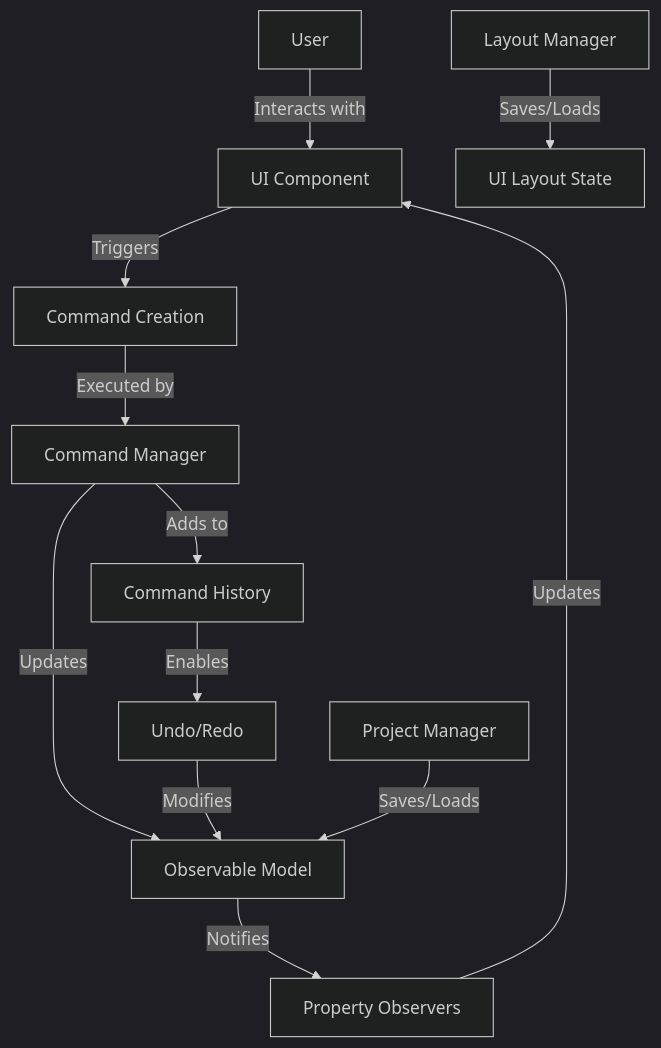
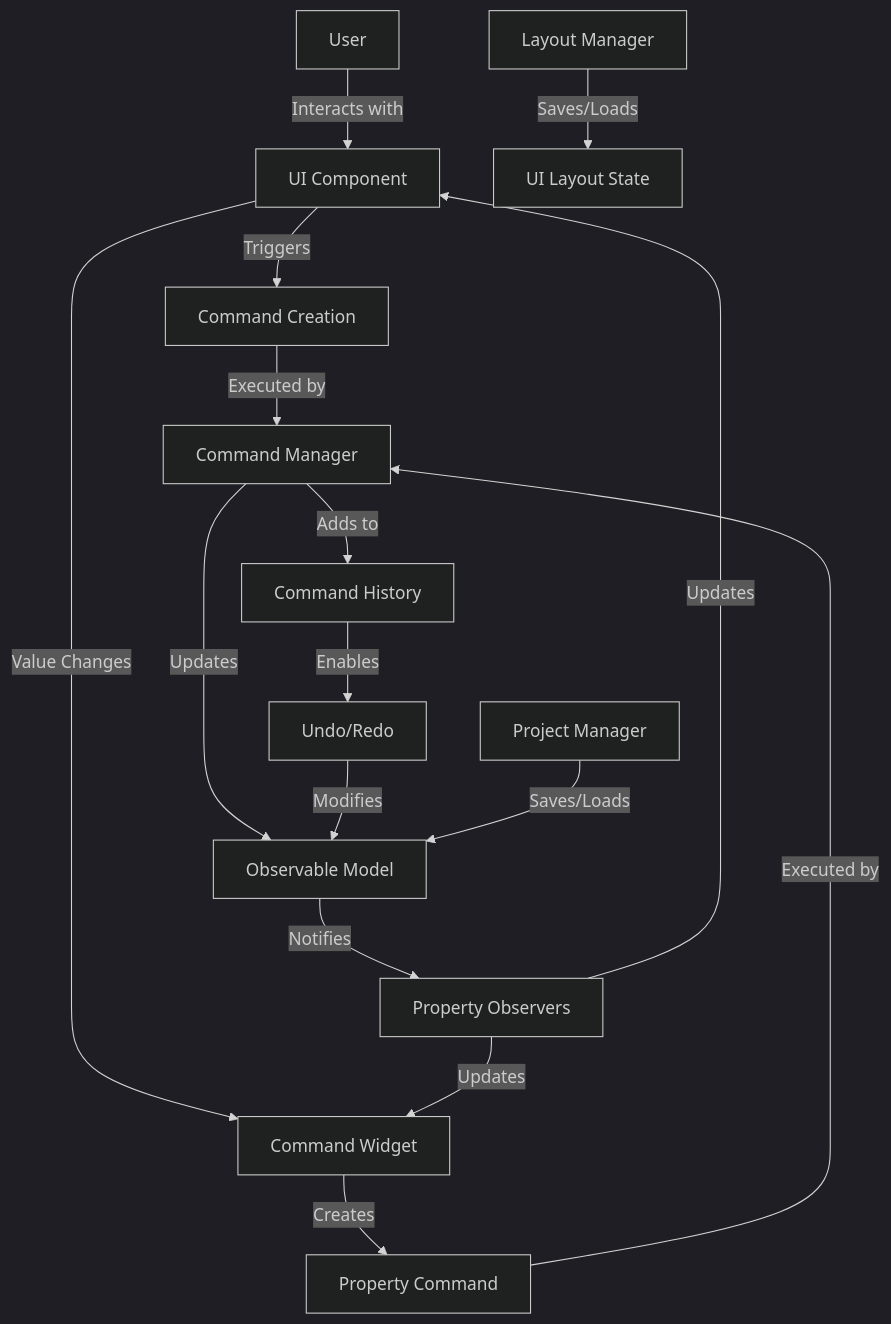
The first of 3 diagrams in command_system/docs/explanation.md (maro7tigre/PySignalDecipher), drawn with Mermaid (dark theme) before and after one commit. The commit also changed other lines of this file and 13 other files, not shown here.

````diff
--- a/command_system/docs/explanation.md
+++ b/command_system/docs/explanation.md
@@ -7,15 +7,19 @@
 ```mermaid
 flowchart TD
     User[User] -- "Interacts with" --> UI[UI Component]
     UI -- "Triggers" --> Command[Command Creation]
+    UI -- "Value Changes" --> CmdWidget[Command Widget]
+    CmdWidget -- "Creates" --> PropCmd[Property Command]
     Command -- "Executed by" --> CmdMgr[Command Manager]
+    PropCmd -- "Executed by" --> CmdMgr
     CmdMgr -- "Updates" --> Model[Observable Model]
     Model -- "Notifies" --> Observer[Property Observers]
     Observer -- "Updates" --> UI
+    Observer -- "Updates" --> CmdWidget
     CmdMgr -- "Adds to" --> History[Command History]
     History -- "Enables" --> UndoRedo[Undo/Redo]
     UndoRedo -- "Modifies" --> Model
     
     Project[Project Manager] -- "Saves/Loads" --> Model
     Layout[Layout Manager] -- "Saves/Loads" --> UIState[UI Layout State]
 ```
````
